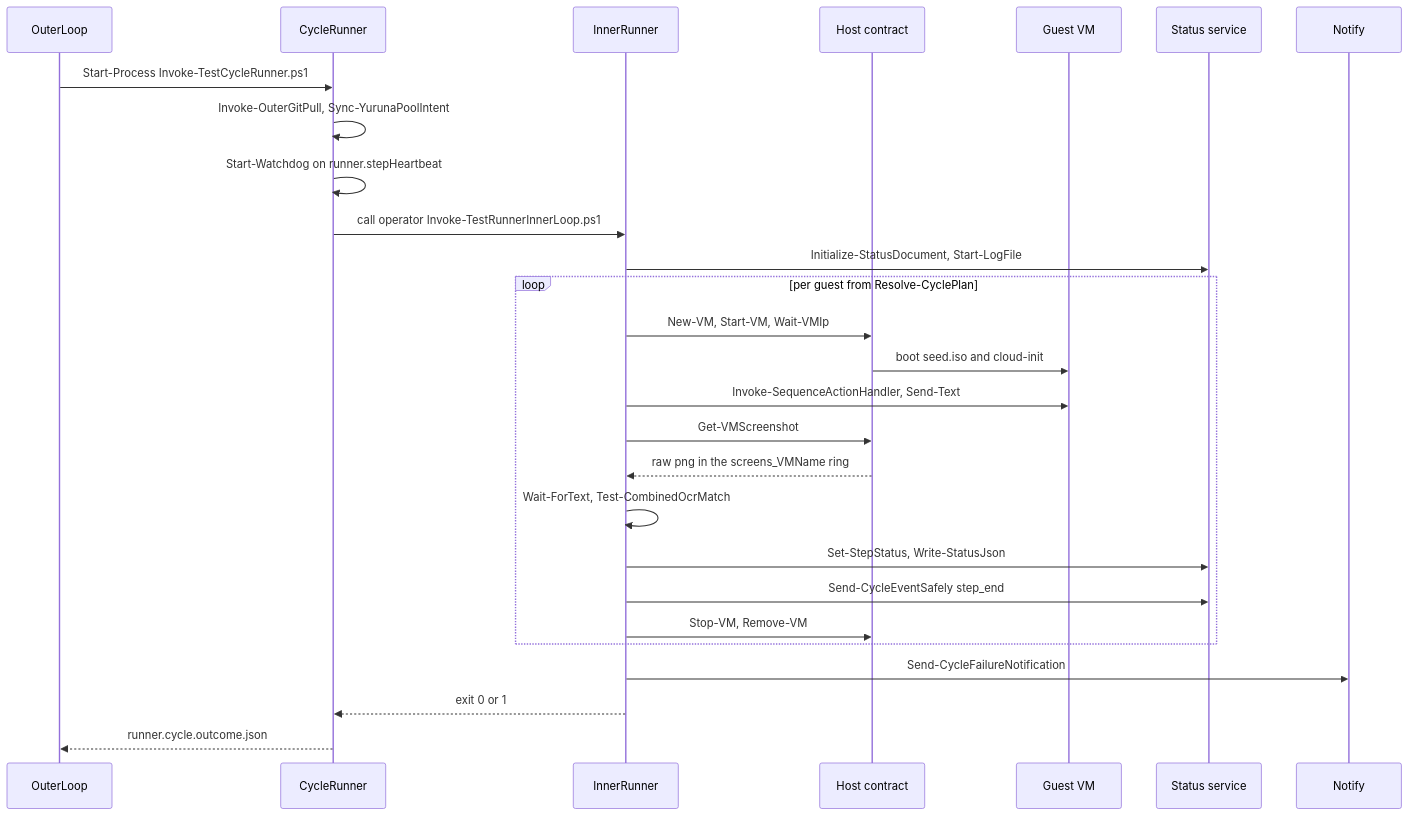
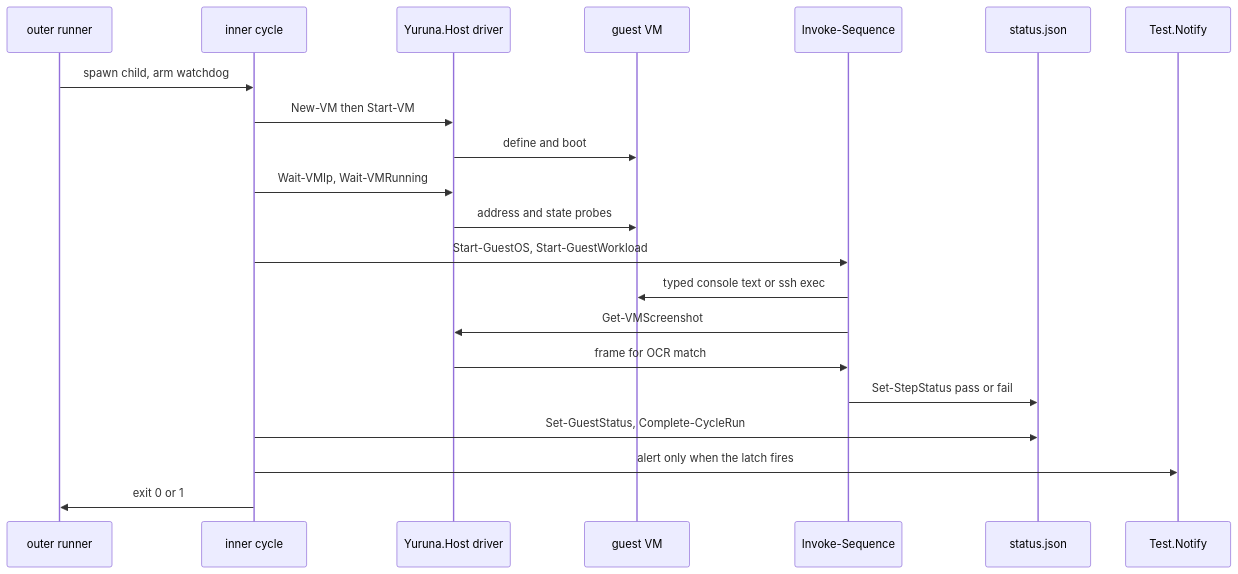
Before and after one commit to alissonsol/yuruna: the second of 6 diagrams in docs/design/03-data-flows.md, drawn with Mermaid. The commit also changed other lines of this file and 635 other files, not shown here.

````diff
--- a/docs/design/03-data-flows.md
+++ b/docs/design/03-data-flows.md
@@ -135,30 +179,23 @@
 ```mermaid
 sequenceDiagram
-    participant Outer as OuterLoop
-    participant Cycle as CycleRunner
-    participant Inner as InnerRunner
-    participant Host as Host contract
-    participant Guest as Guest VM
-    participant Status as Status service
-    participant Notify
-
-    Outer->>Cycle: Start-Process Invoke-TestCycleRunner.ps1
-    Cycle->>Cycle: Invoke-OuterGitPull, Sync-YurunaPoolIntent
-    Cycle->>Cycle: Start-Watchdog on runner.stepHeartbeat
-    Cycle->>Inner: call operator Invoke-TestRunnerInnerLoop.ps1
-    Inner->>Status: Initialize-StatusDocument, Start-LogFile
-    loop per guest from Resolve-CyclePlan
-        Inner->>Host: New-VM, Start-VM, Wait-VMIp
-        Host->>Guest: boot seed.iso and cloud-init
-        Inner->>Guest: Invoke-SequenceActionHandler, Send-Text
-        Inner->>Host: Get-VMScreenshot
-        Host-->>Inner: raw png in the screens_VMName ring
-        Inner->>Inner: Wait-ForText, Test-CombinedOcrMatch
-        Inner->>Status: Set-StepStatus, Write-StatusJson
-        Inner->>Status: Send-CycleEventSafely step_end
-        Inner->>Host: Stop-VM, Remove-VM
-    end
-    Inner->>Notify: Send-CycleFailureNotification
-    Inner-->>Cycle: exit 0 or 1
-    Cycle-->>Outer: runner.cycle.outcome.json
+    participant outer as outer runner
+    participant inner as inner cycle
+    participant driver as Yuruna.Host driver
+    participant guest as guest VM
+    participant engine as Invoke-Sequence
+    participant status as status.json
+    participant notify as Test.Notify
+    outer->>inner: spawn child, arm watchdog
+    inner->>driver: New-VM then Start-VM
+    driver->>guest: define and boot
+    inner->>driver: Wait-VMIp, Wait-VMRunning
+    driver->>guest: address and state probes
+    inner->>engine: Start-GuestOS, Start-GuestWorkload
+    engine->>guest: typed console text or ssh exec
+    engine->>driver: Get-VMScreenshot
+    driver->>engine: frame for OCR match
+    engine->>status: Set-StepStatus pass or fail
+    inner->>status: Set-GuestStatus, Complete-CycleRun
+    inner->>notify: alert only when the latch fires
+    inner->>outer: exit 0 or 1
 ```
````
